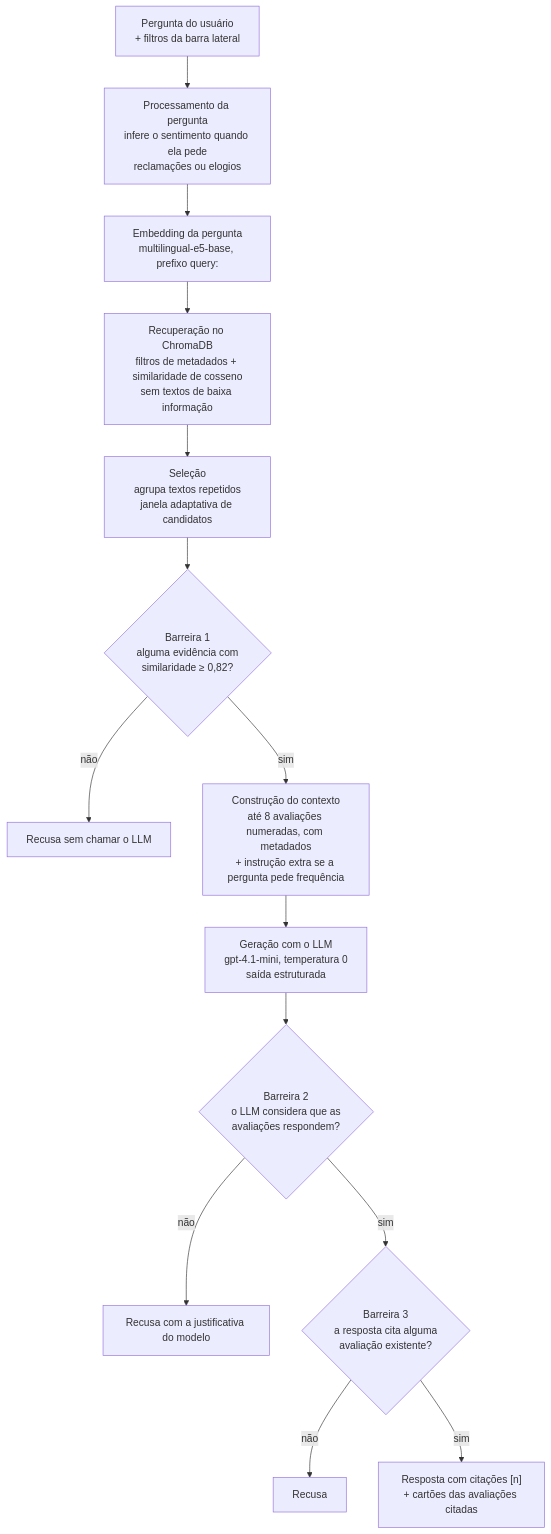
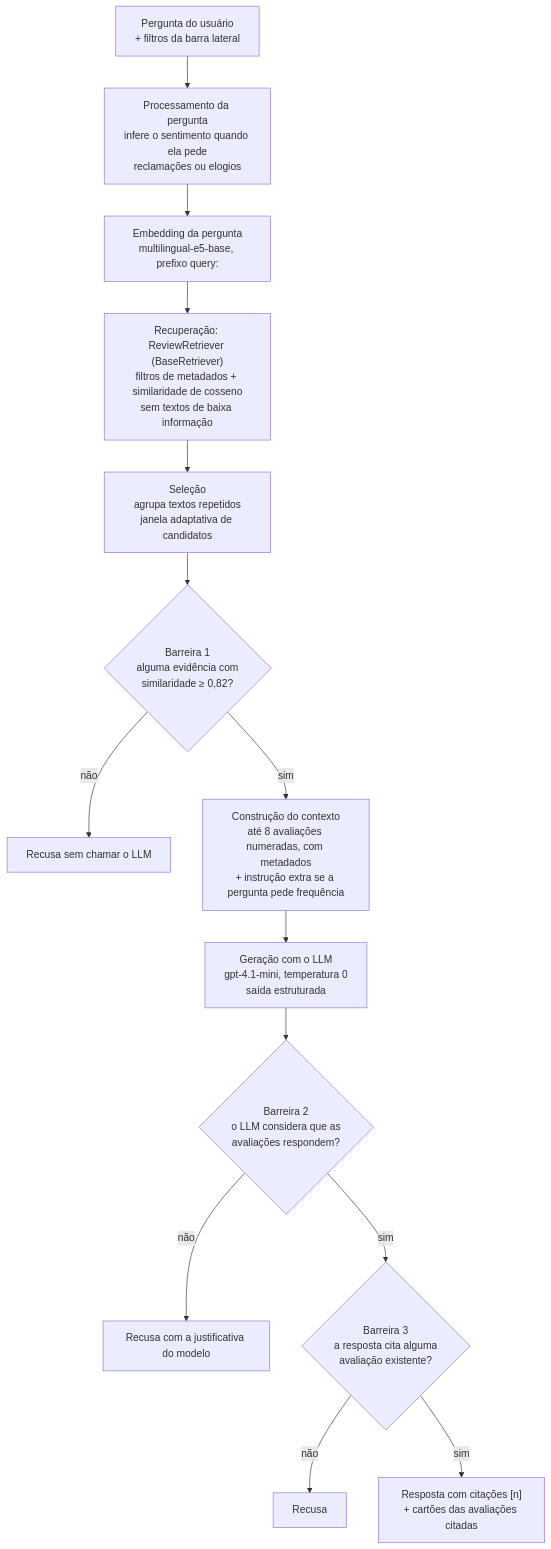
The second of 2 diagrams in docs/arquitetura.md (Dinaldorc/tech-challenge-fase4), drawn with Mermaid before and after one commit. The commit also changed other lines of this file and 16 other files, not shown here.

````diff
--- a/docs/arquitetura.md
+++ b/docs/arquitetura.md
@@ -39,16 +39,16 @@
 ```mermaid
 flowchart TD
     Q["Pergunta do usuário<br/>+ filtros da barra lateral"] --> P["Processamento da pergunta<br/>infere o sentimento quando ela pede<br/>reclamações ou elogios"]
     P --> V["Embedding da pergunta<br/>multilingual-e5-base, prefixo query:"]
-    V --> R["Recuperação no ChromaDB<br/>filtros de metadados + similaridade de cosseno<br/>sem textos de baixa informação"]
+    V --> R["Recuperação: ReviewRetriever (BaseRetriever)<br/>filtros de metadados + similaridade de cosseno<br/>sem textos de baixa informação"]
     R --> S["Seleção<br/>agrupa textos repetidos<br/>janela adaptativa de candidatos"]
     S --> B1{"Barreira 1<br/>alguma evidência com<br/>similaridade ≥ 0,82?"}
     B1 -- não --> X1["Recusa sem chamar o LLM"]
     B1 -- sim --> C["Construção do contexto<br/>até 8 avaliações numeradas, com metadados<br/>+ instrução extra se a pergunta pede frequência"]
     C --> L["Geração com o LLM<br/>gpt-4.1-mini, temperatura 0<br/>saída estruturada"]
     L --> B2{"Barreira 2<br/>o LLM considera que as<br/>avaliações respondem?"}
     B2 -- não --> X2["Recusa com a justificativa do modelo"]
     B2 -- sim --> B3{"Barreira 3<br/>a resposta cita alguma<br/>avaliação existente?"}
     B3 -- não --> X3["Recusa"]
     B3 -- sim --> OK["Resposta com citações [n]<br/>+ cartões das avaliações citadas"]
 ```
````
